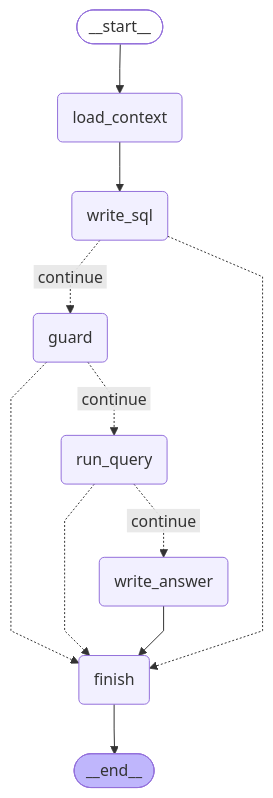
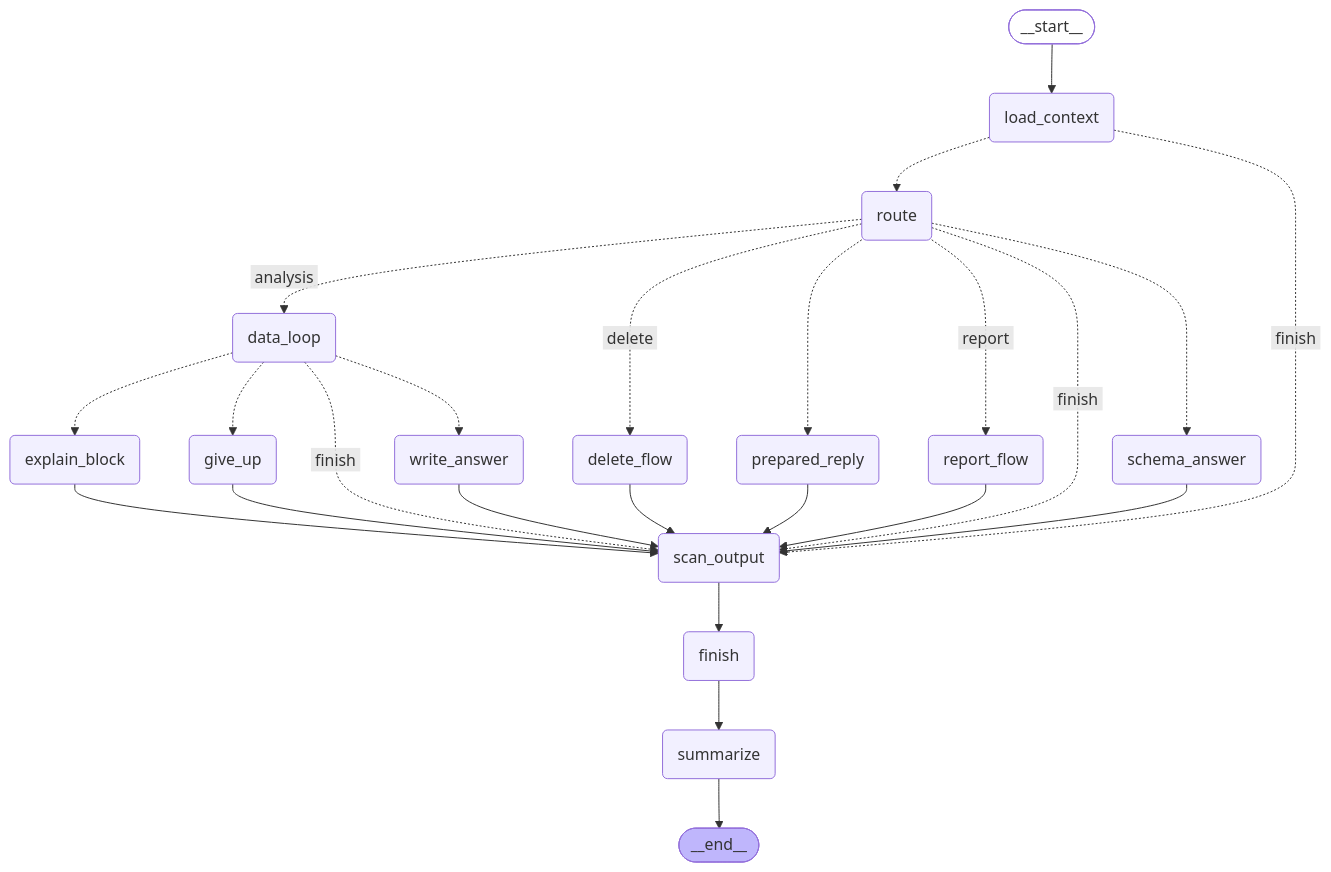
One commit to ynsa/retail-analytics-assistant changed the first of 3 diagrams in docs/framework-choice.md. Above: the diagram before and after it, drawn with Mermaid. The commit also changed other lines of this file, not shown here.

Commit message:
Export the final graph in the framework document

````diff
--- a/docs/framework-choice.md
+++ b/docs/framework-choice.md
@@ -47,29 +43,44 @@
 ```mermaid
----
-config:
-  flowchart:
-    curve: linear
----
 graph TD;
 	__start__([<p>__start__</p>]):::first
 	load_context(load_context)
-	write_sql(write_sql)
-	guard(guard)
-	run_query(run_query)
+	route(route)
+	prepared_reply(prepared_reply)
+	schema_answer(schema_answer)
+	data_loop(data_loop)
 	write_answer(write_answer)
+	give_up(give_up)
+	explain_block(explain_block)
+	report_flow(report_flow)
+	delete_flow(delete_flow)
+	scan_output(scan_output)
 	finish(finish)
+	summarize(summarize)
 	__end__([<p>__end__</p>]):::last
 	__start__ --> load_context;
-	guard -.-> finish;
-	guard -. &nbsp;continue&nbsp; .-> run_query;
-	load_context --> write_sql;
-	run_query -.-> finish;
-	run_query -. &nbsp;continue&nbsp; .-> write_answer;
-	write_answer --> finish;
-	write_sql -.-> finish;
-	write_sql -. &nbsp;continue&nbsp; .-> guard;
-	finish --> __end__;
+	data_loop -.-> explain_block;
+	data_loop -.-> give_up;
+	data_loop -. &nbsp;finish&nbsp; .-> scan_output;
+	data_loop -.-> write_answer;
+	delete_flow --> scan_output;
+	explain_block --> scan_output;
+	finish --> summarize;
+	give_up --> scan_output;
+	load_context -.-> route;
+	load_context -. &nbsp;finish&nbsp; .-> scan_output;
+	prepared_reply --> scan_output;
+	report_flow --> scan_output;
+	route -. &nbsp;analysis&nbsp; .-> data_loop;
+	route -. &nbsp;delete&nbsp; .-> delete_flow;
+	route -.-> prepared_reply;
+	route -. &nbsp;report&nbsp; .-> report_flow;
+	route -. &nbsp;finish&nbsp; .-> scan_output;
+	route -.-> schema_answer;
+	scan_output --> finish;
+	schema_answer --> scan_output;
+	write_answer --> scan_output;
+	summarize --> __end__;
 	classDef default fill:#f2f0ff,line-height:1.2
 	classDef first fill-opacity:0
 	classDef last fill:#bfb6fc
 ```
````
